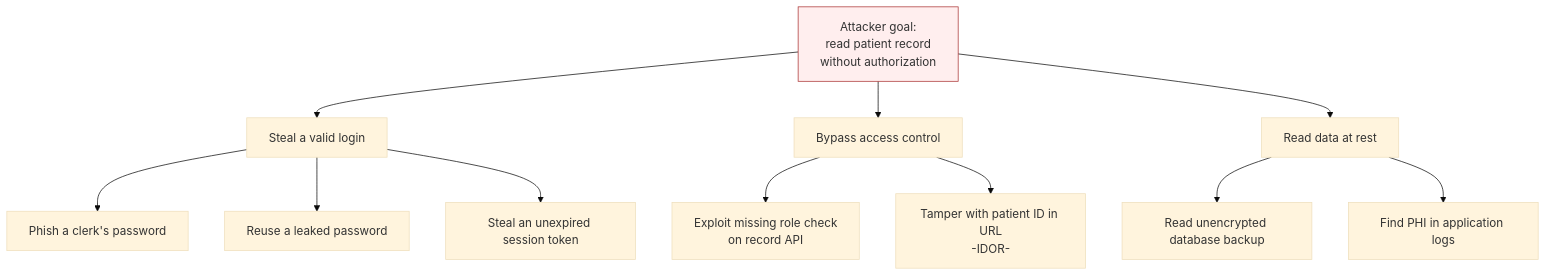
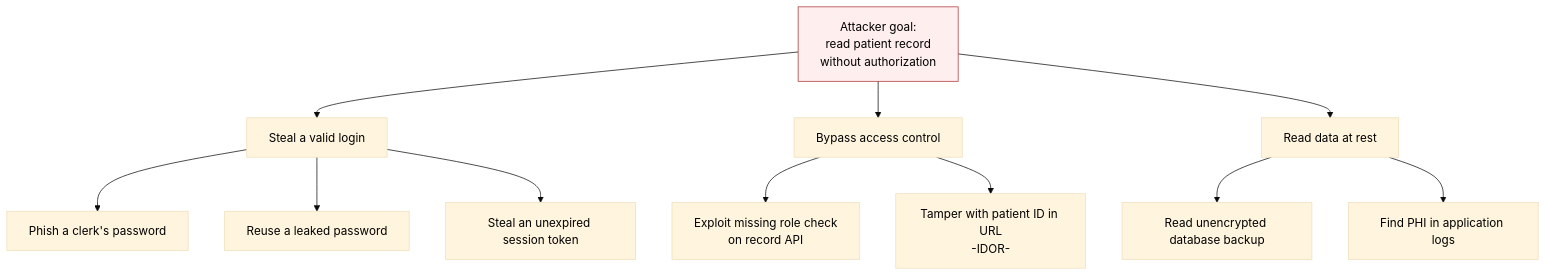
One commit to vrthra/open-swe-book changed the sixth of 6 diagrams in chapters/03-user-requirements/README.md. Above: the diagram before and after it, drawn with Mermaid (base theme). The commit also changed other lines of this file and 9 other files, not shown here.

Commit message:
Fix for typos and diagrams in dark mode

````diff
--- a/chapters/03-user-requirements/README.md
+++ b/chapters/03-user-requirements/README.md
@@ -723,15 +723,15 @@
 ```mermaid
 flowchart TD
     A[Attacker goal:<br/>read patient record<br/>without authorization] --> B[Steal a valid login]
     A --> C[Bypass access control]
     A --> D[Read data at rest]
     B --> B1[Phish a clerk's password]
     B --> B2[Reuse a leaked password]
     B --> B3[Steal an unexpired session token]
     C --> C1[Exploit missing role check<br/>on record API]
     C --> C2[Tamper with patient ID in URL<br/>-IDOR-]
     D --> D1[Read unencrypted database backup]
     D --> D2[Find PHI in application logs]
-    classDef root fill:#fee,stroke:#a33;
+    classDef root fill:#fee,stroke:#a33,color:#000;
     class A root;
 ```
````
